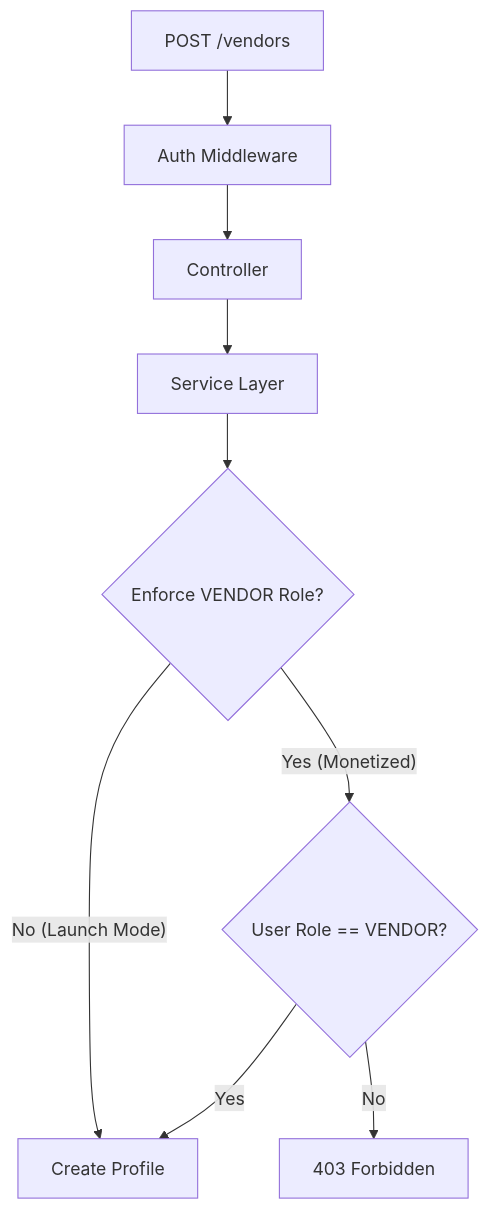
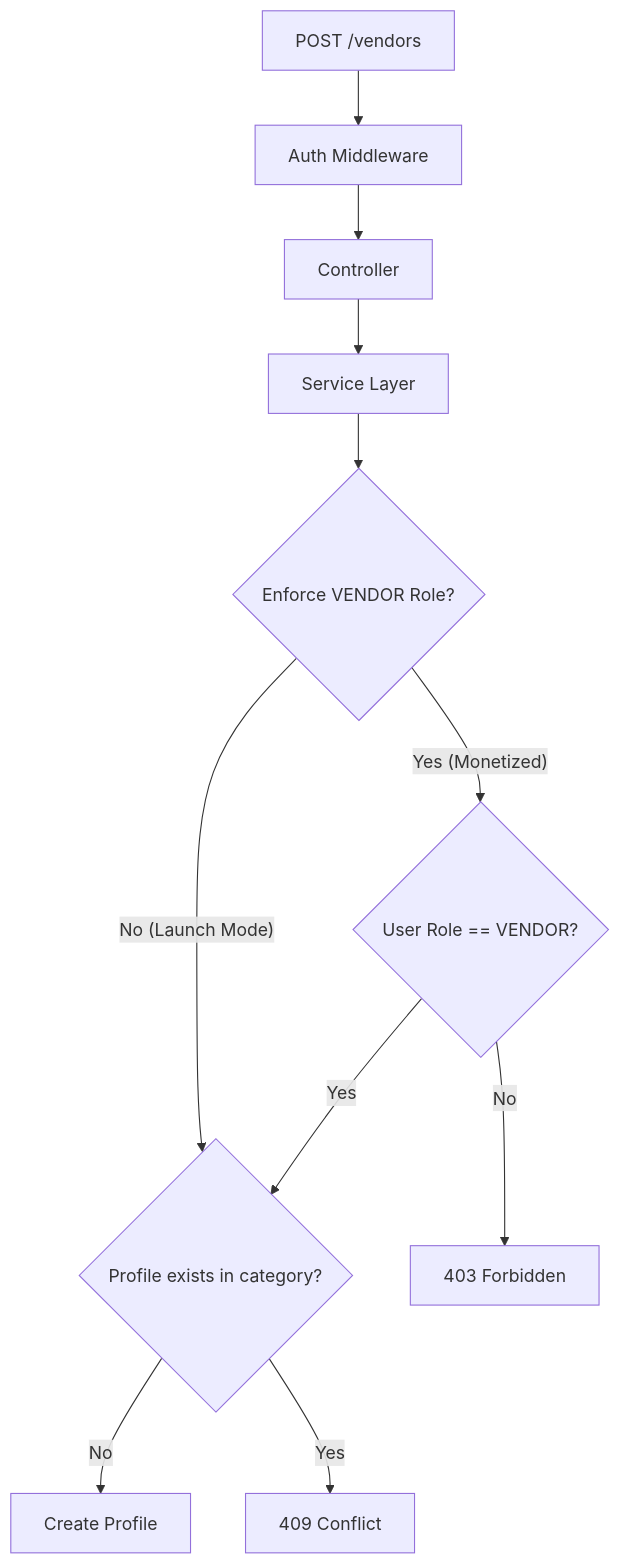
Before and after one commit to Matesfu/advert-app: the second of 2 diagrams in docs/vendor_profile/implementation_plan.md, drawn with Mermaid. The commit also changed other lines of this file and 12 other files, not shown here.

First line of the commit message:
feat(vendor): enforce one profile per category & decouple Service from ServiceCategory

````diff
--- a/docs/vendor_profile/implementation_plan.md
+++ b/docs/vendor_profile/implementation_plan.md
@@ -52,13 +79,16 @@
 ```mermaid
 flowchart TD
     Req[POST /vendors] --> Auth[Auth Middleware]
     Auth --> Ctrl[Controller]
     Ctrl --> Svc[Service Layer]
     Svc --> Check{Enforce VENDOR Role?}
     
-    Check -- No (Launch Mode) --> Create[Create Profile]
+    Check -- No (Launch Mode) --> UniqueCheck
     Check -- Yes (Monetized) --> RoleCheck{User Role == VENDOR?}
     
-    RoleCheck -- Yes --> Create
+    RoleCheck -- Yes --> UniqueCheck
     RoleCheck -- No --> Error[403 Forbidden]
+    
+    UniqueCheck{Profile exists in category?} -- No --> Create[Create Profile]
+    UniqueCheck -- Yes --> Conflict[409 Conflict]
 ```
````
